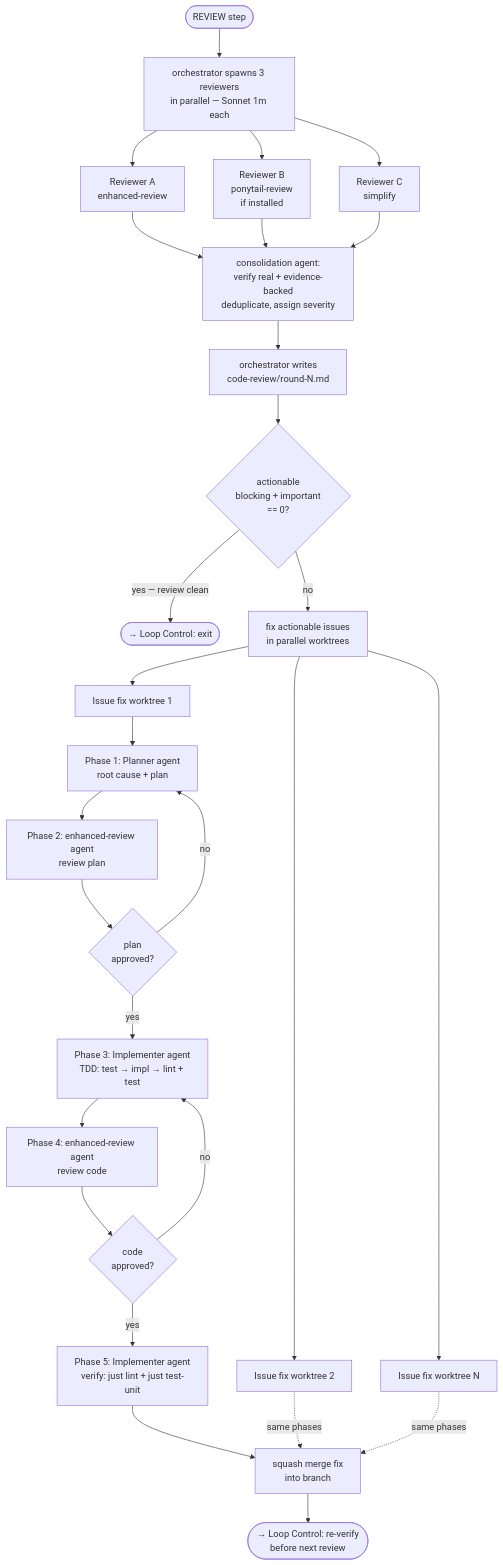
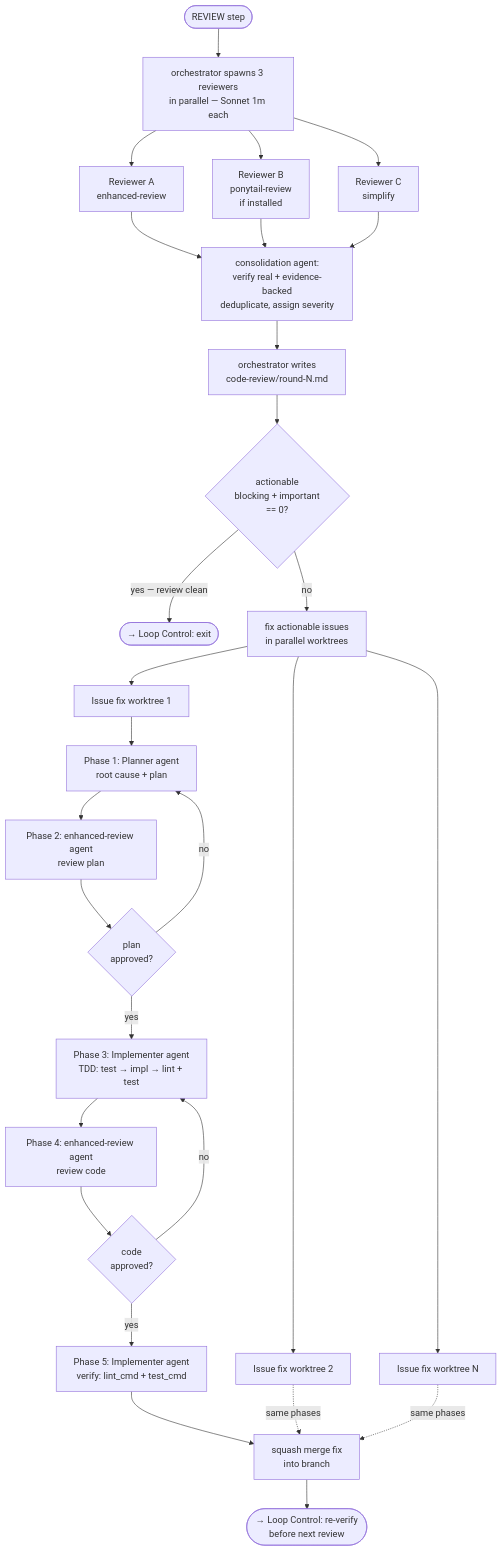
One commit to SG-Agent-Studio/autonomous-development-loop changed the fifth of 7 diagrams in docs/architecture/001-agent-workflow.md. Above: the diagram before and after it, drawn with Mermaid. The commit also changed other lines of this file and 14 other files, not shown here.

````diff
--- a/docs/architecture/001-agent-workflow.md
+++ b/docs/architecture/001-agent-workflow.md
@@ -132,35 +132,35 @@
 ```mermaid
 flowchart TD
     R0([REVIEW step]) --> PAR[orchestrator spawns 3 reviewers\nin parallel — Sonnet 1m each]
 
     PAR --> RA[Reviewer A\nenhanced-review]
     PAR --> RB[Reviewer B\nponytail-review\nif installed]
     PAR --> RC[Reviewer C\nsimplify]
 
     RA & RB & RC --> CONS[consolidation agent:\nverify real + evidence-backed\ndeduplicate, assign severity]
 
     CONS --> WRITE[orchestrator writes\ncode-review/round-N.md]
     WRITE --> AQ{actionable\nblocking + important\n== 0?}
     AQ -->|yes — review clean| BACK([→ Loop Control: exit])
     AQ -->|no| FIXPAR[fix actionable issues\nin parallel worktrees]
 
     FIXPAR --> FI1[Issue fix worktree 1]
     FIXPAR --> FI2[Issue fix worktree 2]
     FIXPAR --> FIN[Issue fix worktree N]
 
     FI1 --> PH1[Phase 1: Planner agent\nroot cause + plan]
     PH1 --> PH2[Phase 2: enhanced-review agent\nreview plan]
     PH2 --> PH2OK{plan\napproved?}
     PH2OK -->|no| PH1
     PH2OK -->|yes| PH3[Phase 3: Implementer agent\nTDD: test → impl → lint + test]
     PH3 --> PH4[Phase 4: enhanced-review agent\nreview code]
     PH4 --> PH4OK{code\napproved?}
     PH4OK -->|no| PH3
-    PH4OK -->|yes| PH5[Phase 5: Implementer agent\nverify: just lint + just test-unit]
+    PH4OK -->|yes| PH5[Phase 5: Implementer agent\nverify: lint_cmd + test_cmd]
     PH5 --> SMF[squash merge fix\ninto branch]
 
     FI2 -.->|same phases| SMF
     FIN -.->|same phases| SMF
 
     SMF --> RELOOP([→ Loop Control: re-verify\nbefore next review])
 ```
````
